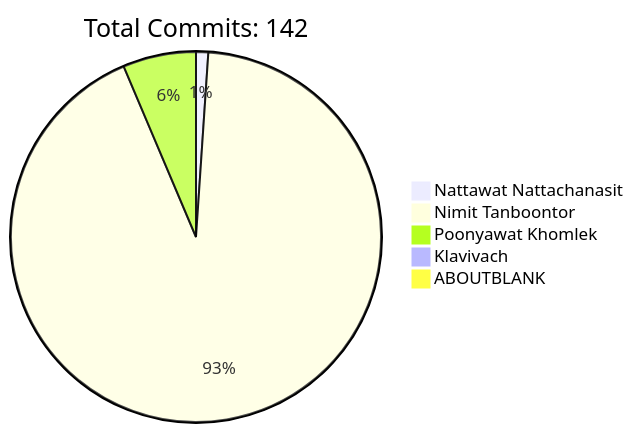
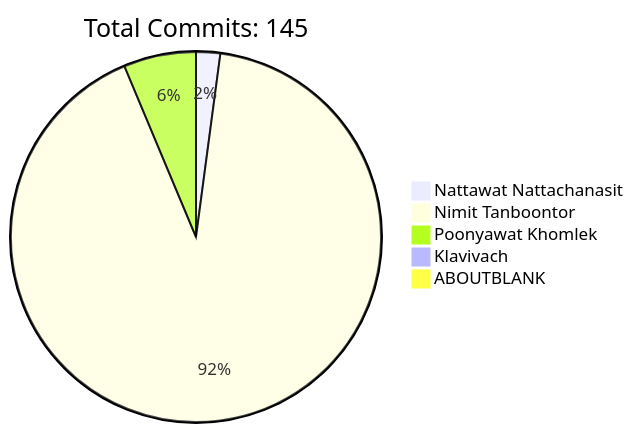
Before and after one commit to HLLC-MFU/HLLC-2025: the diagram in README.md, drawn with Mermaid. The commit also changed other lines of this file, not shown here.

````diff
--- a/README.md
+++ b/README.md
@@ -170,9 +170,9 @@
 ```mermaid
 pie
-    title Total Commits: 142
-    "Nattawat Nattachanasit" : 1
+    title Total Commits: 145
+    "Nattawat Nattachanasit" : 2
     "Nimit Tanboontor" : 87
     "Poonyawat Khomlek" : 6
     "Klavivach" : 0
     "ABOUTBLANK" : 0
 ```
````
